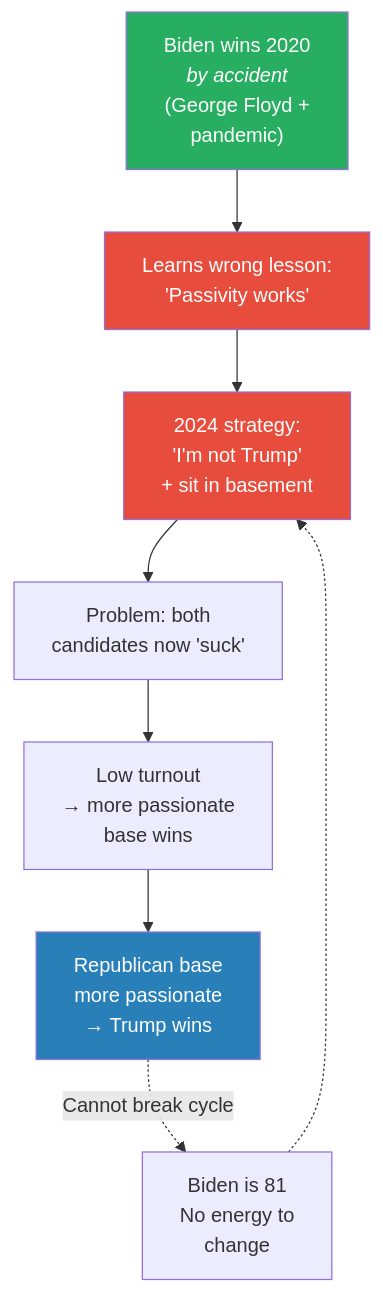
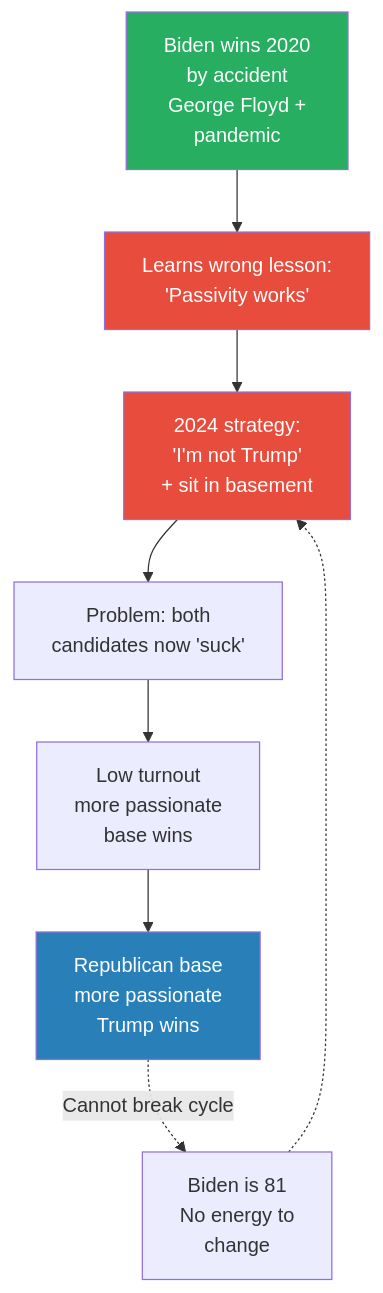
One commit to alius33/reader changed the eighth of 9 diagrams in summaries/Lectures/Geo-Strategy/05 - Why Trump Will Win.md. Above: the diagram before and after it, drawn with Mermaid. The commit also changed other lines of this file and 26 other files, not shown here.

````diff
--- a/summaries/Lectures/Geo-Strategy/05 - Why Trump Will Win.md
+++ b/summaries/Lectures/Geo-Strategy/05 - Why Trump Will Win.md
@@ -647,15 +475,15 @@
 ```mermaid
 flowchart TB
-    W["Biden wins 2020<br/><i>by accident</i><br/>(George Floyd +<br/>pandemic)"]
+    W["Biden wins 2020<br/>by accident<br/>George Floyd +<br/>pandemic"]
     W --> L["Learns wrong lesson:<br/>'Passivity works'"]
     L --> S["2024 strategy:<br/>'I'm not Trump'<br/>+ sit in basement"]
     S --> P["Problem: both<br/>candidates now 'suck'"]
-    P --> LOW["Low turnout<br/>→ more passionate<br/>base wins"]
-    LOW --> T["Republican base<br/>more passionate<br/>→ Trump wins"]
+    P --> LOW["Low turnout<br/>more passionate<br/>base wins"]
+    LOW --> T["Republican base<br/>more passionate<br/>Trump wins"]
     T -.->|"Cannot break cycle"| AGE["Biden is 81<br/>No energy to<br/>change"]
     AGE -.-> S
     style W fill:#27ae60,color:#fff
     style L fill:#e74c3c,color:#fff
     style S fill:#e74c3c,color:#fff
     style T fill:#2980b9,color:#fff
 ```
````
